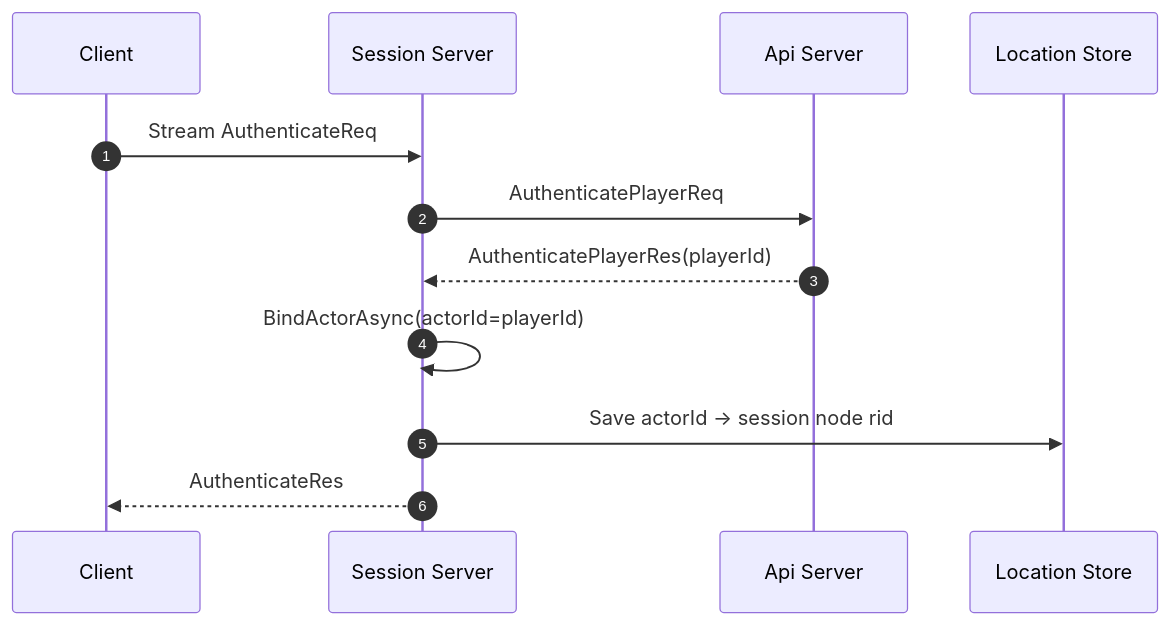
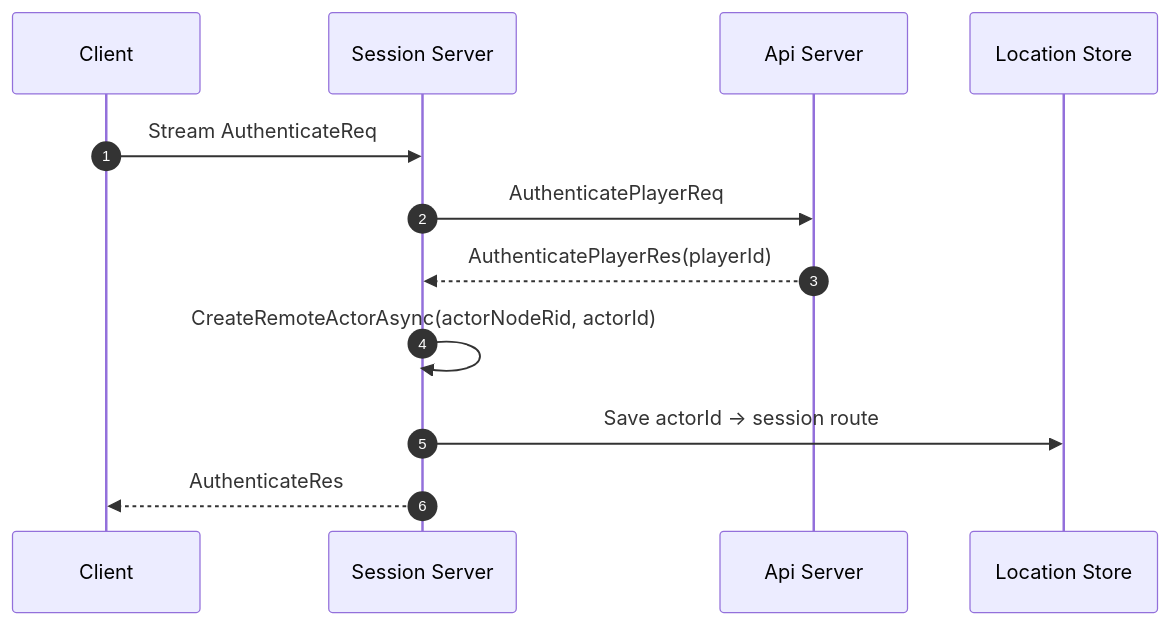
Before and after one commit to kairos-code-dev/zlink: the third of 7 diagrams in framework/doc/spec/sample/tictactoe/session-gateway.ko.md, drawn with Mermaid. The commit also changed other lines of this file and 41 other files, not shown here.

````diff
--- a/framework/doc/spec/sample/tictactoe/session-gateway.ko.md
+++ b/framework/doc/spec/sample/tictactoe/session-gateway.ko.md
@@ -224,15 +223,15 @@
 ```mermaid
 sequenceDiagram
     autonumber
     participant C as Client
     participant S as Session Server
     participant API as Api Server
     participant STORE as Location Store
 
     C->>S: Stream AuthenticateReq
     S->>API: AuthenticatePlayerReq
     API-->>S: AuthenticatePlayerRes(playerId)
-    S->>S: BindActorAsync(actorId=playerId)
-    S->>STORE: Save actorId -> session node rid
+    S->>S: CreateRemoteActorAsync(actorNodeRid, actorId)
+    S->>STORE: Save actorId -> session route
     S-->>C: AuthenticateRes
 ```
````
